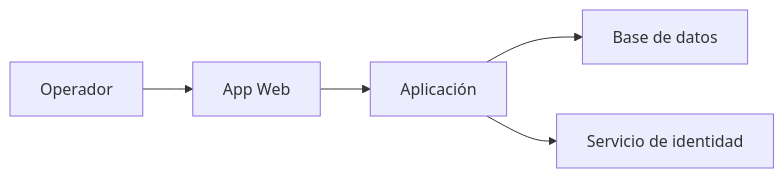
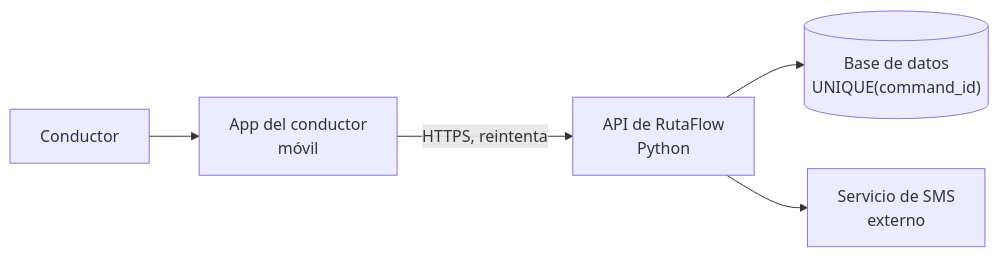
The third of 9 diagrams in web/public/content/foundations/modulo-7.md (NICORUIZ93/The_Imperial_Book), drawn with Mermaid before and after one commit. The commit also changed other lines of this file, not shown here.

````diff
--- a/web/public/content/foundations/modulo-7.md
+++ b/web/public/content/foundations/modulo-7.md
@@ -138,5 +456,7 @@
 ```mermaid
 flowchart LR
-    PERSON["Operador"] --> WEB["App Web"] --> APP["Aplicación"] --> DB["Base de datos"]
-    APP --> ID["Servicio de identidad"]
+    C["Conductor"] --> APP["App del conductor<br/>móvil"]
+    APP -->|"HTTPS, reintenta"| API["API de RutaFlow<br/>Python"]
+    API --> DB[("Base de datos<br/>UNIQUE(command_id)")]
+    API --> SMS["Servicio de SMS<br/>externo"]
 ```
````
